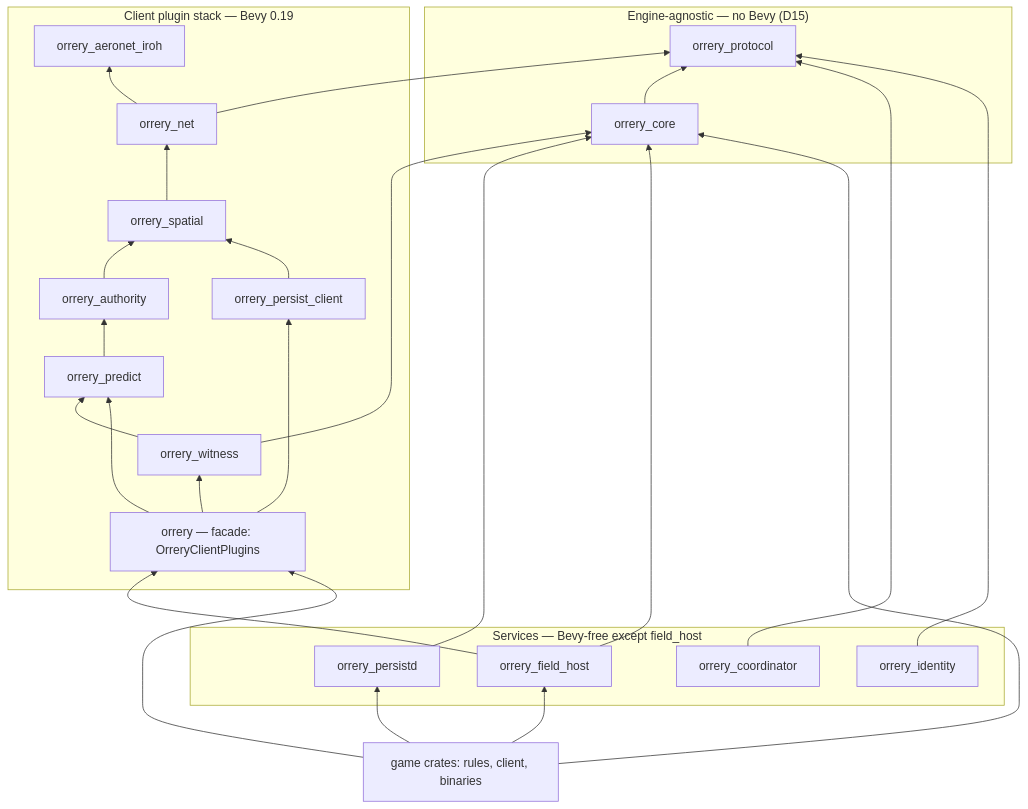
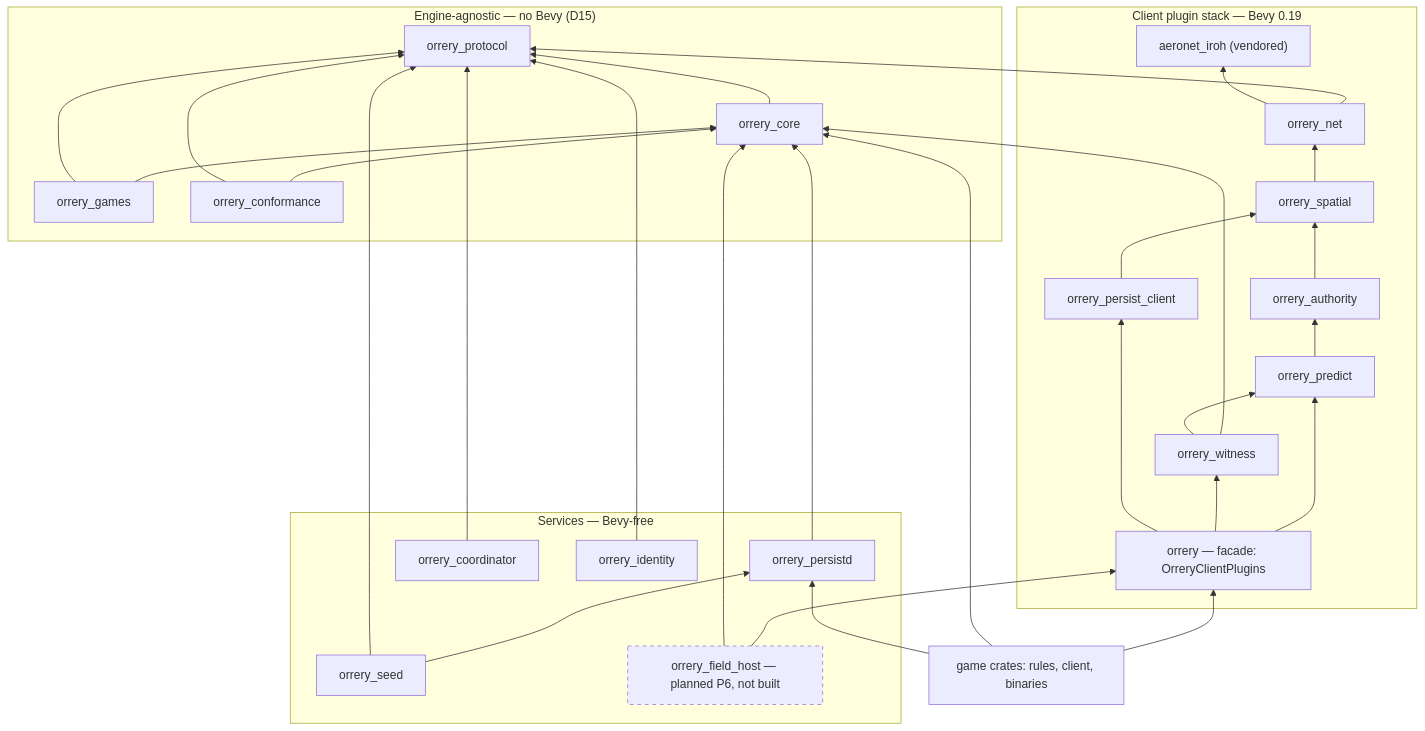
Before and after one commit to baadc0de/orrery: the diagram in docs/10-crates.md, drawn with Mermaid. The commit also changed other lines of this file, not shown here.

First line of the commit message:
docs(crates): fix the census — phantom field host, misplaced aeronet_iroh, wrong counts (#414)

````diff
--- a/docs/10-crates.md
+++ b/docs/10-crates.md
@@ -45,46 +49,56 @@
 ```mermaid
 graph BT
     subgraph agnostic["Engine-agnostic — no Bevy (D15)"]
         protocol["orrery_protocol"]
         core["orrery_core"]
+        games["orrery_games"]
+        conf["orrery_conformance"]
     end
     subgraph client["Client plugin stack — Bevy 0.19"]
-        iroh_io["orrery_aeronet_iroh"]
+        iroh_io["aeronet_iroh (vendored)"]
         net["orrery_net"]
         spatial["orrery_spatial"]
         authority["orrery_authority"]
         predict["orrery_predict"]
         witness["orrery_witness"]
         pclient["orrery_persist_client"]
         facade["orrery — facade: OrreryClientPlugins"]
     end
-    subgraph services["Services — Bevy-free except field_host"]
+    subgraph services["Services — Bevy-free"]
         persistd["orrery_persistd"]
         coord["orrery_coordinator"]
         identity["orrery_identity"]
-        fhost["orrery_field_host"]
+        seed["orrery_seed"]
+        fhost["orrery_field_host — planned P6, not built"]
     end
+    classDef planned stroke-dasharray: 5 5;
+    class fhost planned;
     game["game crates: rules, client, binaries"]
 
     core --> protocol
     net --> protocol
     net --> iroh_io
     spatial --> net
     authority --> spatial
     predict --> authority
     witness --> core
     witness --> predict
     pclient --> spatial
     facade --> predict
     facade --> witness
     facade --> pclient
+    games --> core
+    games --> protocol
+    conf --> core
+    conf --> protocol
+    seed --> persistd
+    seed --> protocol
     persistd --> core
     coord --> protocol
     identity --> protocol
     fhost --> facade
     fhost --> core
     game --> facade
     game --> core
     game --> persistd
-    game --> fhost
 ```
````
